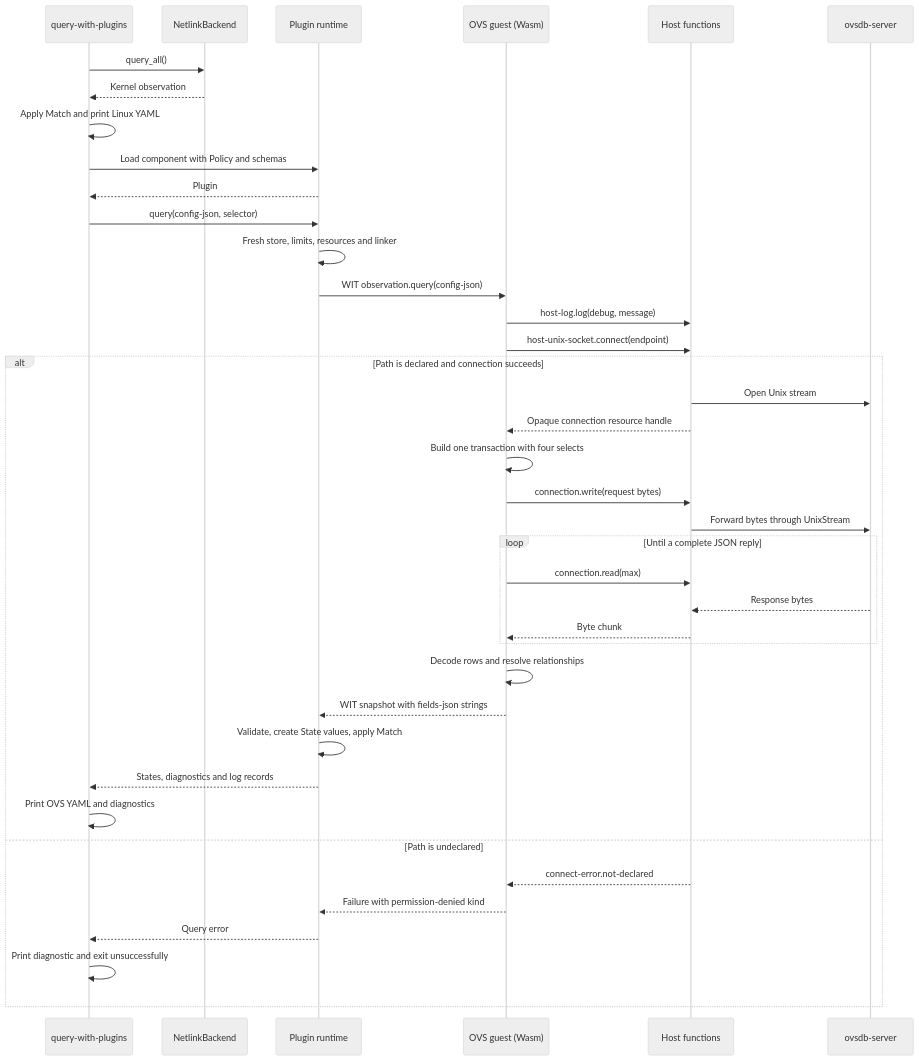
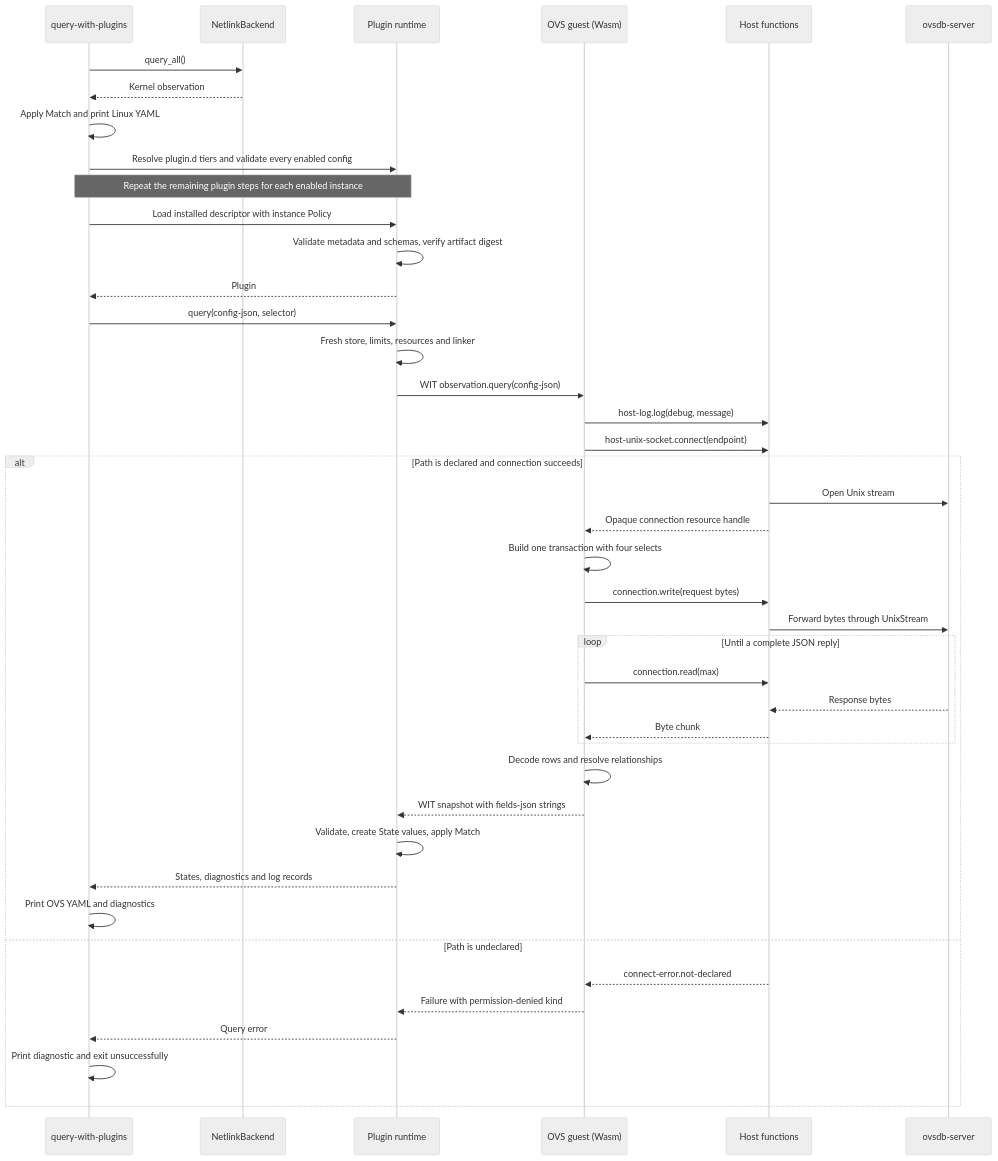
Before and after one commit to qinqon/netfyr: the third of 4 diagrams in docs/plugin-poc.md, drawn with Mermaid (neutral theme). The commit also changed other lines of this file and 26 other files, not shown here.

````diff
--- a/docs/plugin-poc.md
+++ b/docs/plugin-poc.md
@@ -99,43 +309,46 @@
 ```mermaid
 sequenceDiagram
     participant App as query-with-plugins
     participant Linux as NetlinkBackend
     participant Runtime as Plugin runtime
     participant Guest as OVS guest (Wasm)
     participant Host as Host functions
     participant DB as ovsdb-server
 
     App->>Linux: query_all()
     Linux-->>App: Kernel observation
     App->>App: Apply Match and print Linux YAML
-    App->>Runtime: Load component with Policy and schemas
+    App->>Runtime: Resolve plugin.d tiers and validate every enabled config
+    Note over App,Runtime: Repeat the remaining plugin steps for each enabled instance
+    App->>Runtime: Load installed descriptor with instance Policy
+    Runtime->>Runtime: Validate metadata and schemas, verify artifact digest
     Runtime-->>App: Plugin
     App->>Runtime: query(config-json, selector)
     Runtime->>Runtime: Fresh store, limits, resources and linker
     Runtime->>Guest: WIT observation.query(config-json)
     Guest->>Host: host-log.log(debug, message)
     Guest->>Host: host-unix-socket.connect(endpoint)
 
     alt Path is declared and connection succeeds
         Host->>DB: Open Unix stream
         Host-->>Guest: Opaque connection resource handle
         Guest->>Guest: Build one transaction with four selects
         Guest->>Host: connection.write(request bytes)
         Host->>DB: Forward bytes through UnixStream
         loop Until a complete JSON reply
             Guest->>Host: connection.read(max)
             DB-->>Host: Response bytes
             Host-->>Guest: Byte chunk
         end
         Guest->>Guest: Decode rows and resolve relationships
         Guest-->>Runtime: WIT snapshot with fields-json strings
         Runtime->>Runtime: Validate, create State values, apply Match
         Runtime-->>App: States, diagnostics and log records
         App->>App: Print OVS YAML and diagnostics
     else Path is undeclared
         Host-->>Guest: connect-error.not-declared
         Guest-->>Runtime: Failure with permission-denied kind
         Runtime-->>App: Query error
         App->>App: Print diagnostic and exit unsuccessfully
     end
 ```
````
